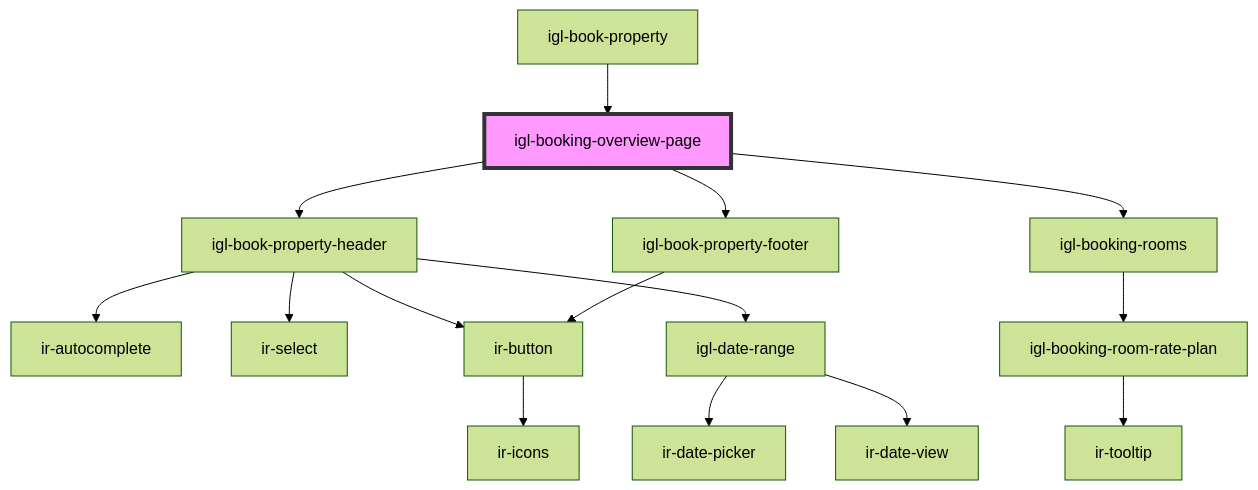
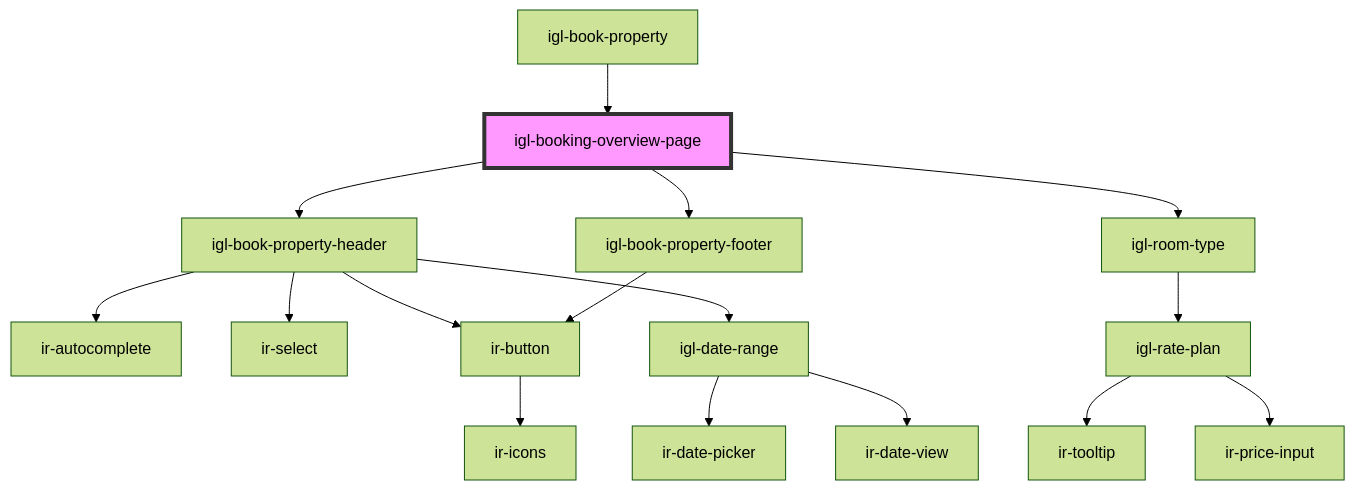
The diagram in src/components/igloo-calendar/igl-book-property/igl-booking-overview-page/readme.md (RonyRizk/ir-webcmp), drawn with Mermaid (forest theme) before and after one commit. The commit also changed other lines of this file and 148 other files, not shown here.

````diff
--- a/src/components/igloo-calendar/igl-book-property/igl-booking-overview-page/readme.md
+++ b/src/components/igloo-calendar/igl-book-property/igl-booking-overview-page/readme.md
@@ -49,18 +49,19 @@
 ```mermaid
 graph TD;
   igl-booking-overview-page --> igl-book-property-header
-  igl-booking-overview-page --> igl-booking-rooms
+  igl-booking-overview-page --> igl-room-type
   igl-booking-overview-page --> igl-book-property-footer
   igl-book-property-header --> ir-autocomplete
   igl-book-property-header --> ir-select
   igl-book-property-header --> ir-button
   igl-book-property-header --> igl-date-range
   ir-button --> ir-icons
   igl-date-range --> ir-date-picker
   igl-date-range --> ir-date-view
-  igl-booking-rooms --> igl-booking-room-rate-plan
-  igl-booking-room-rate-plan --> ir-tooltip
+  igl-room-type --> igl-rate-plan
+  igl-rate-plan --> ir-tooltip
+  igl-rate-plan --> ir-price-input
   igl-book-property-footer --> ir-button
   igl-book-property --> igl-booking-overview-page
   style igl-booking-overview-page fill:#f9f,stroke:#333,stroke-width:4px
 ```
````
